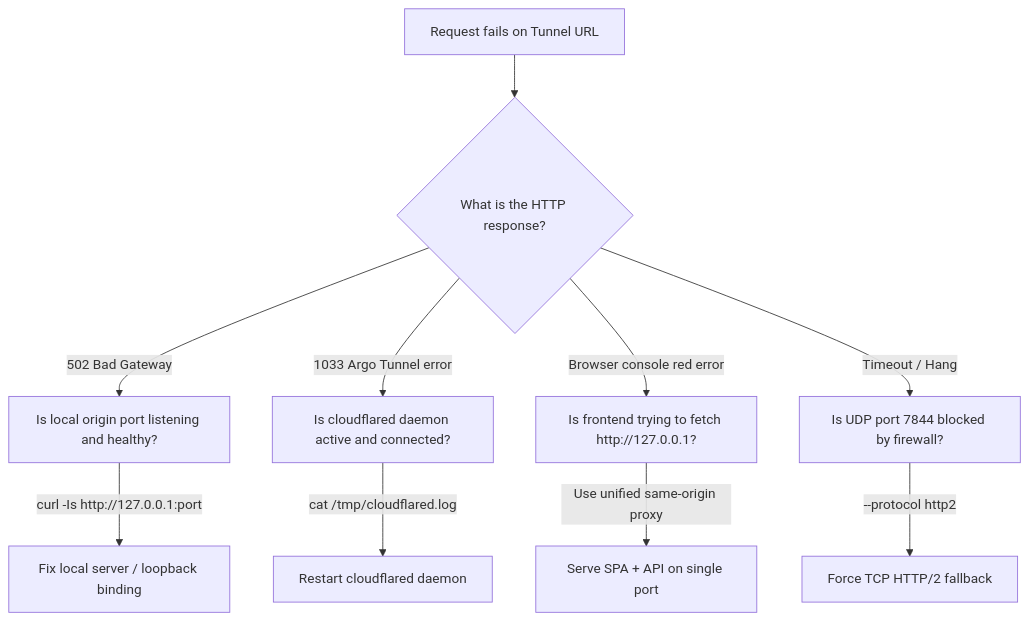
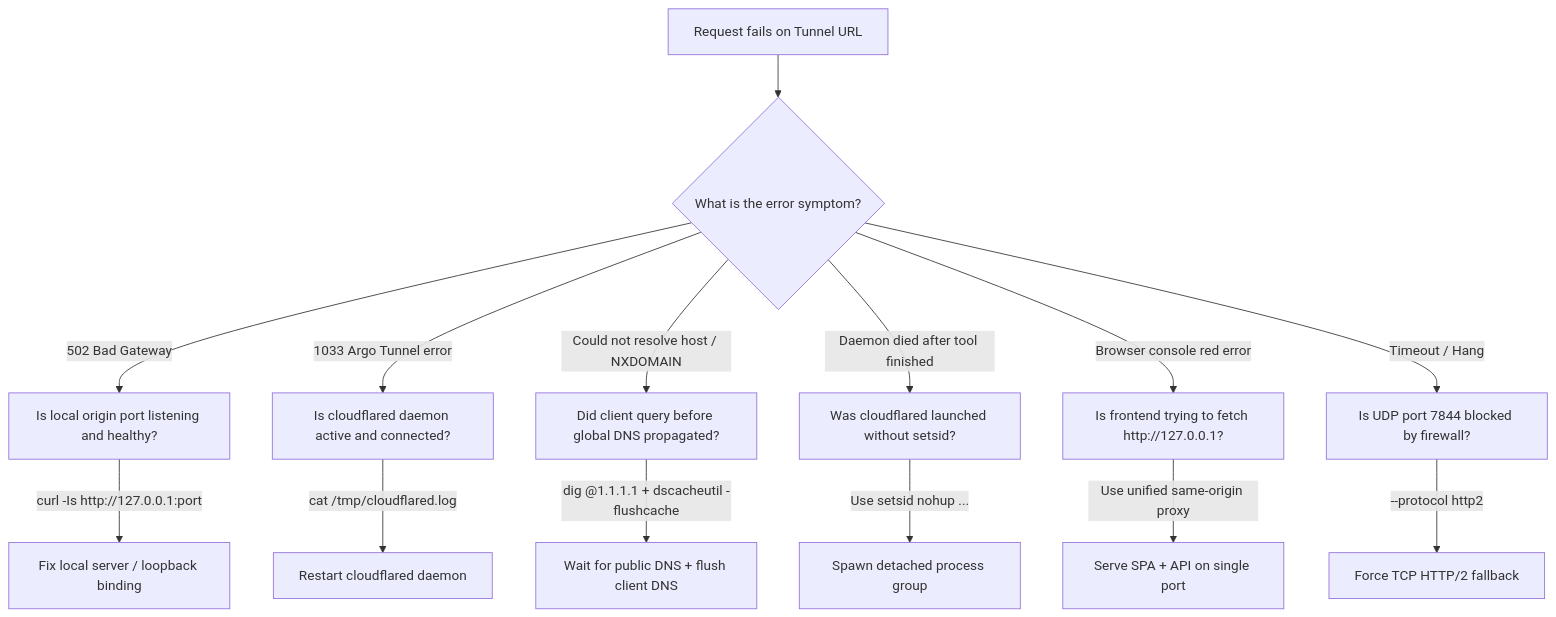
One commit to yigitkonur/skills-by-yigitkonur changed the diagram in plugins/use-cloudflare-tunnel/skills/use-cloudflare-tunnel/references/troubleshooting.md. Above: the diagram before and after it, drawn with Mermaid. The commit also changed other lines of this file and 33 other files, not shown here.

````diff
--- a/plugins/use-cloudflare-tunnel/skills/use-cloudflare-tunnel/references/troubleshooting.md
+++ b/plugins/use-cloudflare-tunnel/skills/use-cloudflare-tunnel/references/troubleshooting.md
@@ -9,14 +9,18 @@
 ```mermaid
 flowchart TD
-    Start["Request fails on Tunnel URL"] --> CheckEdge{"What is the HTTP response?"}
+    Start["Request fails on Tunnel URL"] --> CheckEdge{"What is the error symptom?"}
     
     CheckEdge -->|502 Bad Gateway| OriginDown["Is local origin port listening and healthy?"]
     CheckEdge -->|1033 Argo Tunnel error| TunnelDown["Is cloudflared daemon active and connected?"]
+    CheckEdge -->|Could not resolve host / NXDOMAIN| DnsPoison["Did client query before global DNS propagated?"]
+    CheckEdge -->|Daemon died after tool finished| NoSetsid["Was cloudflared launched without setsid?"]
     CheckEdge -->|Browser console red error| MixedContent["Is frontend trying to fetch http://127.0.0.1?"]
     CheckEdge -->|Timeout / Hang| NetworkProto["Is UDP port 7844 blocked by firewall?"]
 
     OriginDown -->|"curl -Is http://127.0.0.1:port"| FixOrigin["Fix local server / loopback binding"]
     TunnelDown -->|"cat /tmp/cloudflared.log"| FixTunnel["Restart cloudflared daemon"]
+    DnsPoison -->|"dig @1.1.1.1 + dscacheutil -flushcache"| FixDns["Wait for public DNS + flush client DNS"]
+    NoSetsid -->|"Use setsid nohup ... </dev/null"| FixDaemon["Spawn detached process group"]
     MixedContent -->|"Use unified same-origin proxy"| FixProxy["Serve SPA + API on single port"]
     NetworkProto -->|"--protocol http2"| FixProto["Force TCP HTTP/2 fallback"]
 ```
````
